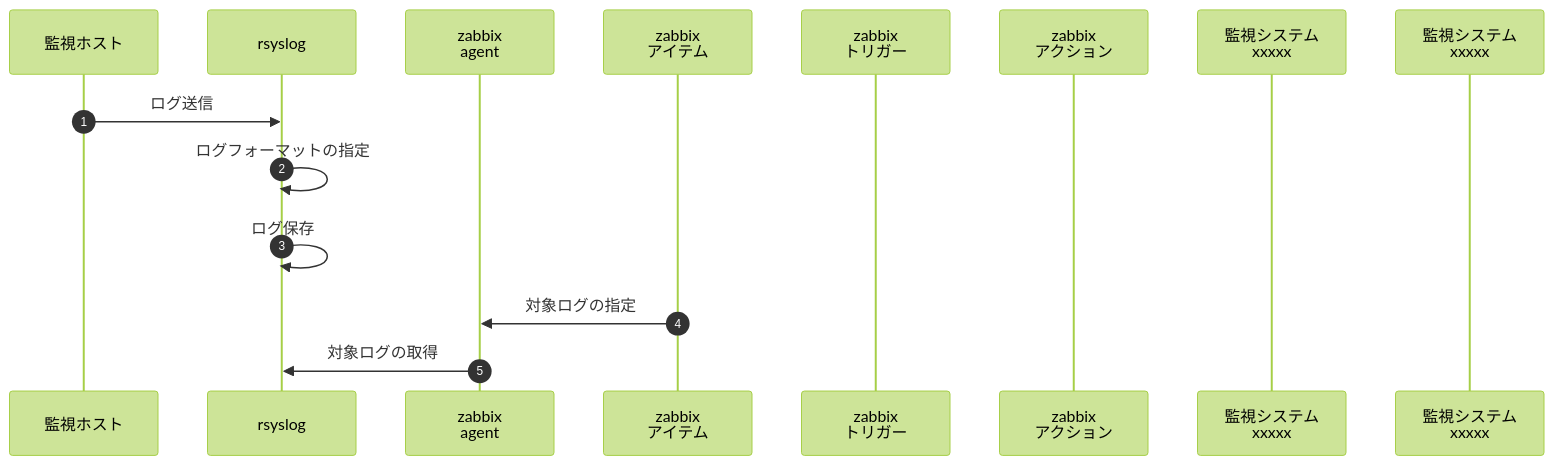
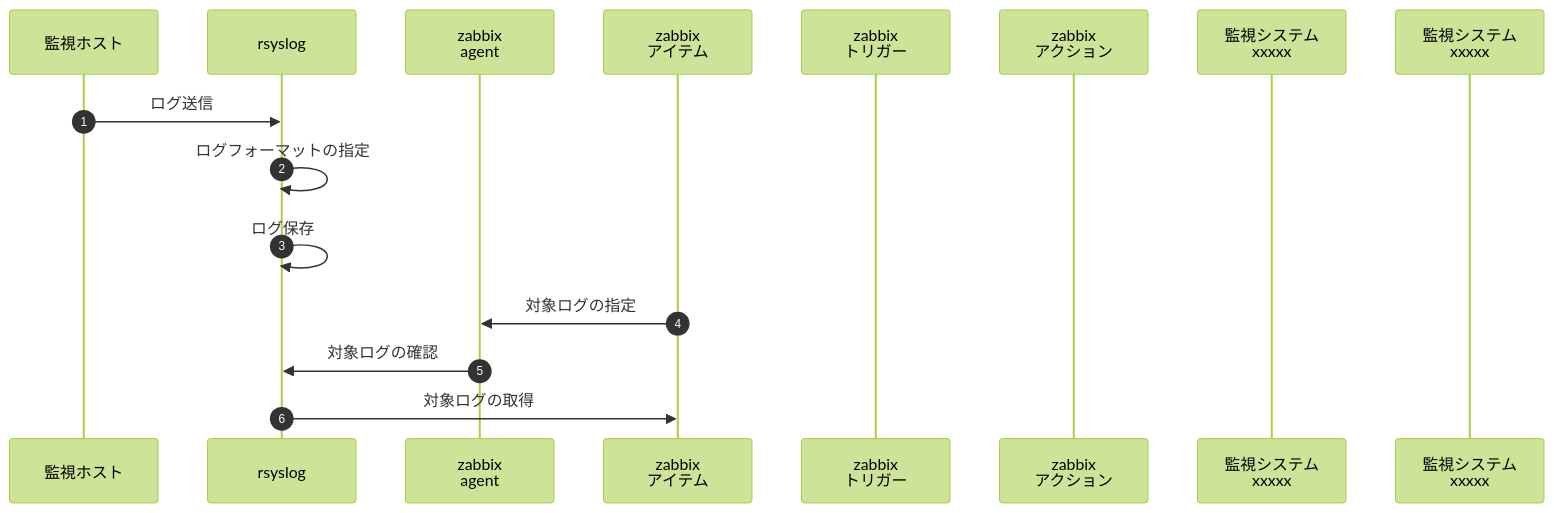
Before and after one commit to panda-git-hub/handbook: the second of 2 diagrams in README.md, drawn with Mermaid (forest theme).

````diff
--- a/README.md
+++ b/README.md
@@ -21,17 +21,18 @@
 ```mermaid
 sequenceDiagram
   autonumber
   participant A as 監視ホスト
   participant B as rsyslog
   participant C as zabbix<br>agent
   participant D as zabbix<br>アイテム
   participant E as zabbix<br>トリガー
   participant F as zabbix<br>アクション
   participant G as 監視システム<br>xxxxx
   participant H as 監視システム<br>xxxxx
   A->>B: ログ送信
   B->>B: ログフォーマットの指定
   B->>B: ログ保存
   D->>C: 対象ログの指定
-  C->>B: 対象ログの取得 
+  C->>B: 対象ログの確認
+  B->>D: 対象ログの取得
 ```
````
